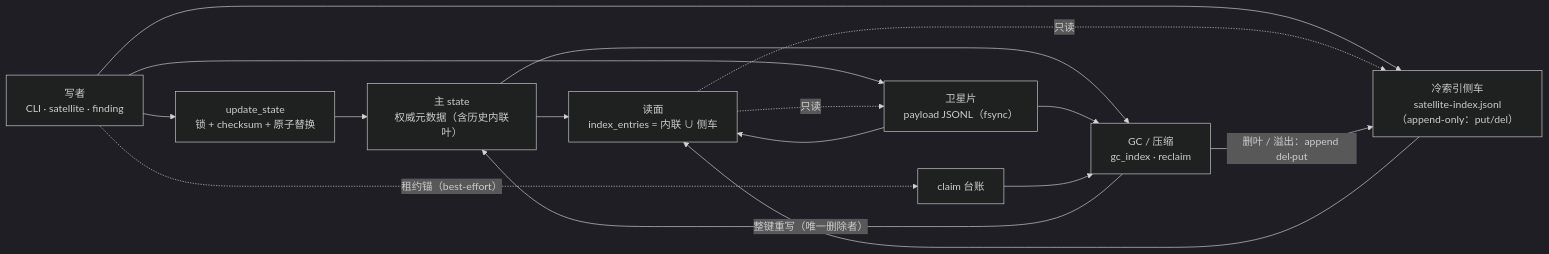
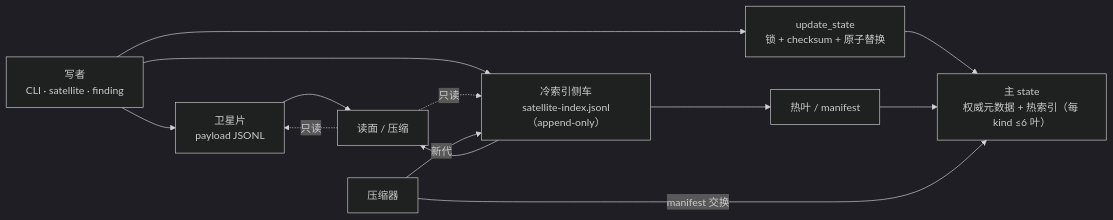
The diagram in README.md (gugu23456789/zthl-aegis), drawn with Mermaid (dark theme) before and after one commit. The commit also changed other lines of this file and 87 other files, not shown here.

````diff
--- a/README.md
+++ b/README.md
@@ -52,18 +44,15 @@
 ```mermaid
 flowchart LR
   W["写者<br/>CLI · satellite · finding"] --> G["update_state<br/>锁 + checksum + 原子替换"]
-  G --> S["主 state<br/>权威元数据（含历史内联叶）"]
-  W --> P["卫星片<br/>payload JSONL（fsync）"]
-  W --> C["冷索引侧车<br/>satellite-index.jsonl（append-only：put/del）"]
-  W -. "租约锚（best-effort）" .-> A["claim 台账"]
-  S --> R["读面<br/>index_entries = 内联 ∪ 侧车"]
-  P --> R
+  G --> S["主 state<br/>权威元数据 + 热索引（每 kind ≤6 叶）"]
+  W --> P["卫星片<br/>payload JSONL"]
+  W --> C["冷索引侧车<br/>satellite-index.jsonl（append-only）"]
+  C --> H["热叶 / manifest"]
+  H --> S
+  P --> R["读面 / 压缩"]
   C --> R
   R -. "只读" .-> P
   R -. "只读" .-> C
-  K["GC / 压缩<br/>gc_index · reclaim"] -->|"删叶 / 溢出：append del·put"| C
-  K -->|"整键重写（唯一删除者）"| S
-  S --> K
-  P --> K
-  A --> K
+  K["压缩器"] -->|"新代"| C
+  K -->|"manifest 交换"| S
 ```
````
